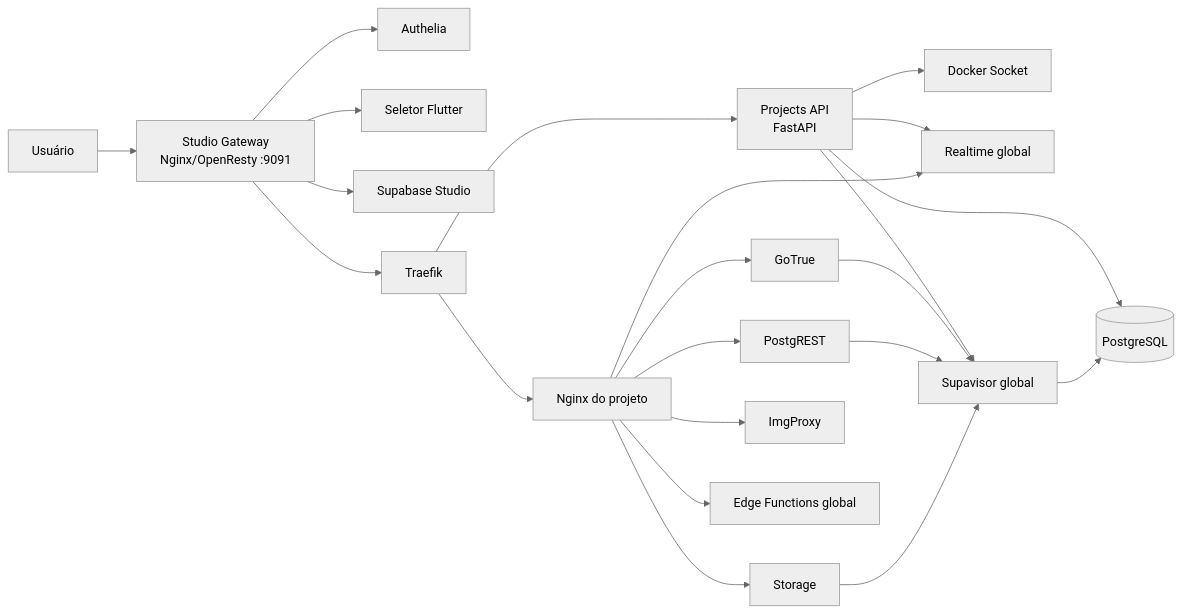
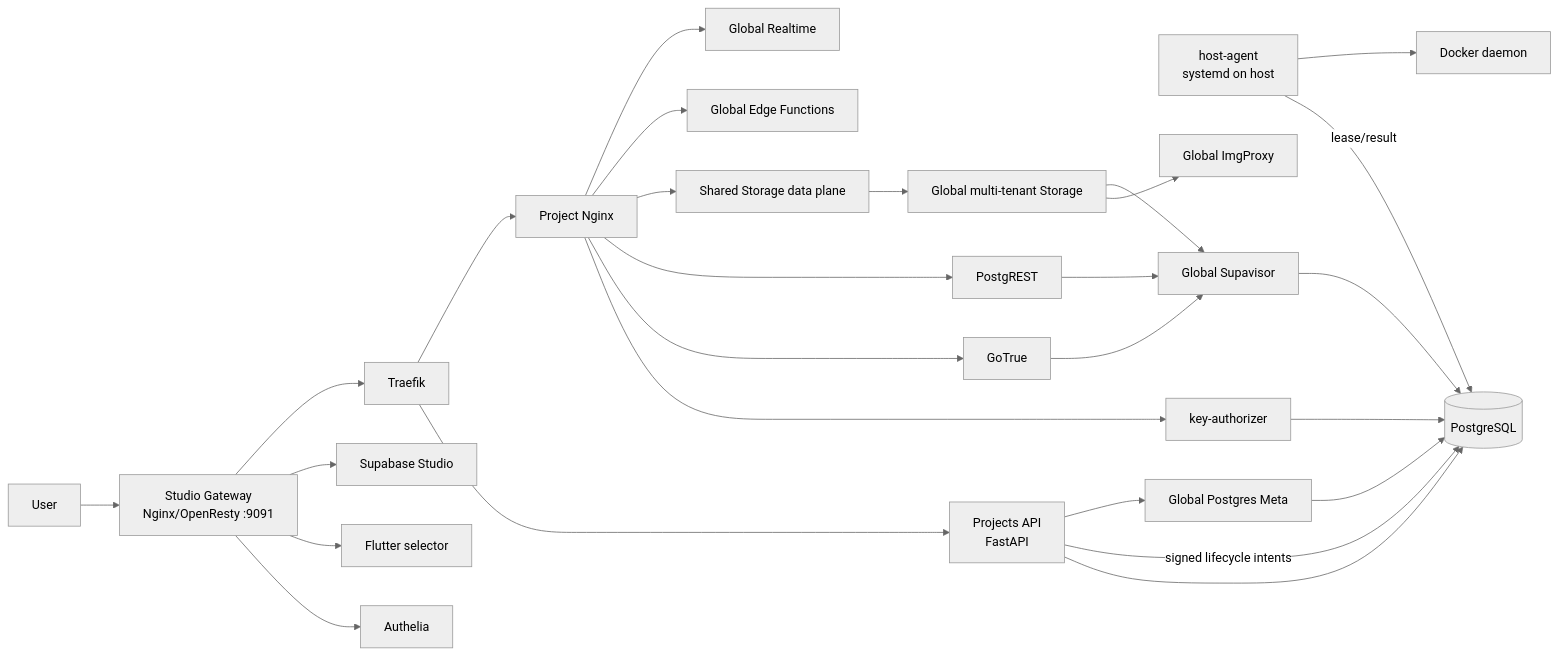
The diagram in README.md (GustavoMartins123/supabase-multitenant), drawn with Mermaid (neutral theme) before and after one commit. The commit also changed other lines of this file, not shown here.

Commit message:
docs: refresh root architecture overview

````diff
--- a/README.md
+++ b/README.md
@@ -42,28 +39,34 @@
 ```mermaid
 flowchart LR
-    User[Usuário] --> StudioGateway[Studio Gateway\nNginx/OpenResty :9091]
+    User[User] --> StudioGateway[Studio Gateway\nNginx/OpenResty :9091]
     StudioGateway --> Authelia[Authelia]
-    StudioGateway --> Flutter[Seletor Flutter]
+    StudioGateway --> Flutter[Flutter selector]
     StudioGateway --> Studio[Supabase Studio]
 
     StudioGateway --> Traefik[Traefik]
     Traefik --> ProjectsAPI[Projects API\nFastAPI]
-    Traefik --> TenantGateway[Nginx do projeto]
+    Traefik --> TenantGateway[Project Nginx]
 
     ProjectsAPI --> PostgreSQL[(PostgreSQL)]
-    ProjectsAPI --> Docker[Docker Socket]
-    ProjectsAPI --> Realtime[Realtime global]
-    ProjectsAPI --> Supavisor[Supavisor global]
+    ProjectsAPI -->|signed lifecycle intents| PostgreSQL
+    HostAgent[host-agent\nsystemd on host] -->|lease/result| PostgreSQL
+    HostAgent --> Docker[Docker daemon]
 
+    TenantGateway --> KeyAuthorizer[key-authorizer]
+    KeyAuthorizer --> PostgreSQL
     TenantGateway --> Auth[GoTrue]
     TenantGateway --> Rest[PostgREST]
-    TenantGateway --> Storage[Storage]
-    TenantGateway --> ImgProxy[ImgProxy]
-    TenantGateway --> Functions[Edge Functions global]
-    TenantGateway --> Realtime
+    TenantGateway --> StorageDataPlane[Shared Storage data plane]
+    StorageDataPlane --> Storage[Global multi-tenant Storage]
+    Storage --> ImgProxy[Global ImgProxy]
+    TenantGateway --> Functions[Global Edge Functions]
+    TenantGateway --> Realtime[Global Realtime]
 
-    Auth --> Supavisor
+    Auth --> Supavisor[Global Supavisor]
     Rest --> Supavisor
     Storage --> Supavisor
     Supavisor --> PostgreSQL
+
+    ProjectsAPI --> PostgresMeta[Global Postgres Meta]
+    PostgresMeta --> PostgreSQL
 ```
````
